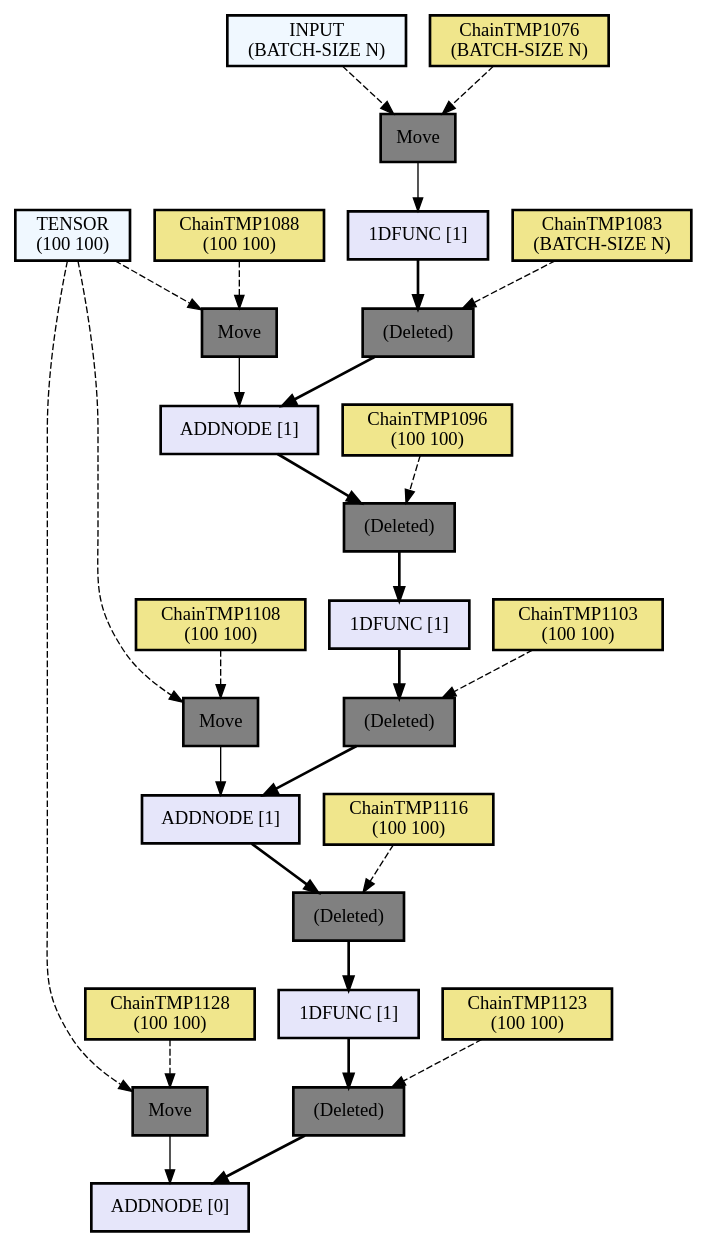
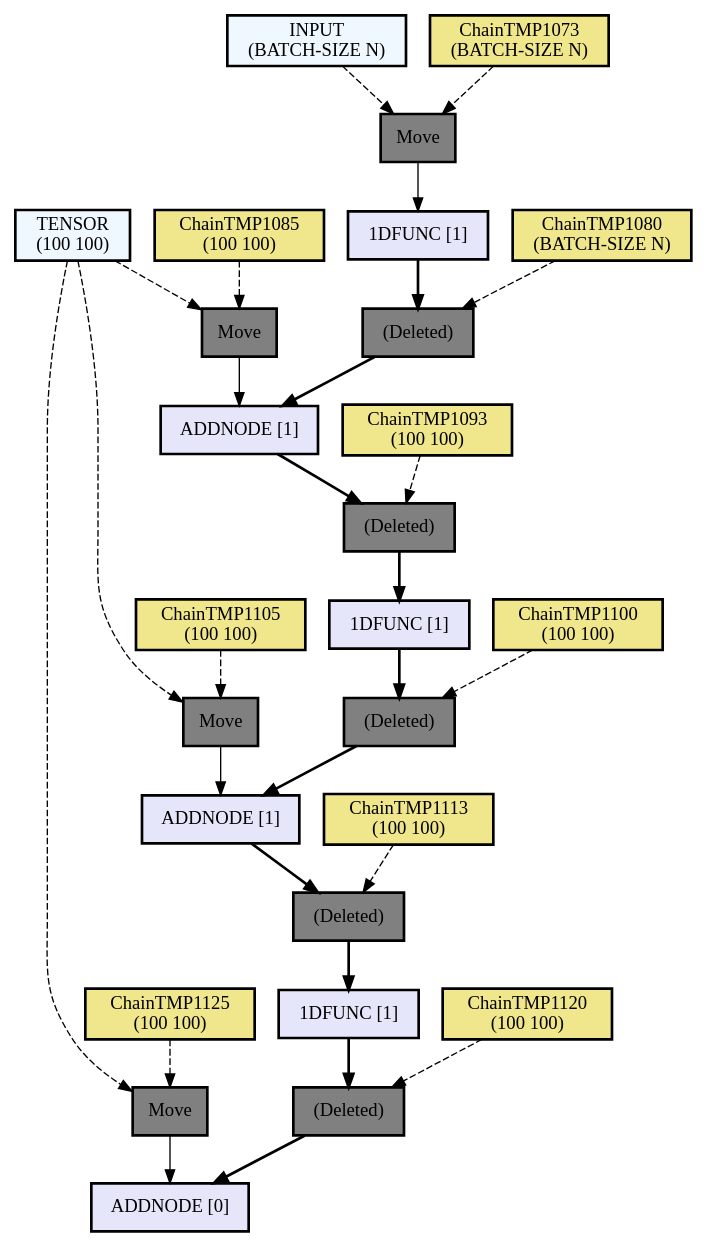
The diagram in assets/out1.dot (hikettei/cl-waffe2), drawn with Graphviz before and after one commit. The commit also changed 5 other files, not shown here.

```diff
--- a/assets/out1.dot
+++ b/assets/out1.dot
@@ -1,71 +1,71 @@
 digraph computation_node {
   node[shape="box" style="filled" color="black" penwidth="2"];
   TENSOR [label = "TENSOR
 (100 100)" fillcolor="#f0f8ff" style="filled, solid"];
-  ChainTMP1128 [label = "ChainTMP1128
-(100 100)" fillcolor="#f0e68c" style="filled, solid"];
-  NODE1172 [label = "Move" fillcolor="gray" style="filled, solid"];
-  TENSOR [label = "TENSOR
-(100 100)" fillcolor="#f0f8ff" style="filled, solid"];
-  ChainTMP1108 [label = "ChainTMP1108
+  ChainTMP1125 [label = "ChainTMP1125
 (100 100)" fillcolor="#f0e68c" style="filled, solid"];
   NODE1169 [label = "Move" fillcolor="gray" style="filled, solid"];
   TENSOR [label = "TENSOR
 (100 100)" fillcolor="#f0f8ff" style="filled, solid"];
-  ChainTMP1088 [label = "ChainTMP1088
+  ChainTMP1105 [label = "ChainTMP1105
 (100 100)" fillcolor="#f0e68c" style="filled, solid"];
   NODE1166 [label = "Move" fillcolor="gray" style="filled, solid"];
+  TENSOR [label = "TENSOR
+(100 100)" fillcolor="#f0f8ff" style="filled, solid"];
+  ChainTMP1085 [label = "ChainTMP1085
+(100 100)" fillcolor="#f0e68c" style="filled, solid"];
+  NODE1163 [label = "Move" fillcolor="gray" style="filled, solid"];
   INPUT [label = "INPUT
 (BATCH-SIZE N)" fillcolor="#f0f8ff" style="filled, solid"];
-  ChainTMP1076 [label = "ChainTMP1076
+  ChainTMP1073 [label = "ChainTMP1073
 (BATCH-SIZE N)" fillcolor="#f0e68c" style="filled, solid"];
-  NODE1163 [label = "Move" fillcolor="gray" style="filled, solid"];
-  NODE1162 [label = "1DFUNC [1]" fillcolor="#e6e6fa" style="filled, solid"];
-  ChainTMP1083 [label = "ChainTMP1083
+  NODE1160 [label = "Move" fillcolor="gray" style="filled, solid"];
+  NODE1159 [label = "1DFUNC [1]" fillcolor="#e6e6fa" style="filled, solid"];
+  ChainTMP1080 [label = "ChainTMP1080
 (BATCH-SIZE N)" fillcolor="#f0e68c" style="filled, solid"];
-  NODE1160 [label = "(Deleted)" fillcolor="gray" style="filled, solid"];
-  NODE1159 [label = "ADDNODE [1]" fillcolor="#e6e6fa" style="filled, solid"];
-  ChainTMP1096 [label = "ChainTMP1096
-(100 100)" fillcolor="#f0e68c" style="filled, solid"];
   NODE1157 [label = "(Deleted)" fillcolor="gray" style="filled, solid"];
-  NODE1156 [label = "1DFUNC [1]" fillcolor="#e6e6fa" style="filled, solid"];
-  ChainTMP1103 [label = "ChainTMP1103
+  NODE1156 [label = "ADDNODE [1]" fillcolor="#e6e6fa" style="filled, solid"];
+  ChainTMP1093 [label = "ChainTMP1093
 (100 100)" fillcolor="#f0e68c" style="filled, solid"];
   NODE1154 [label = "(Deleted)" fillcolor="gray" style="filled, solid"];
-  NODE1153 [label = "ADDNODE [1]" fillcolor="#e6e6fa" style="filled, solid"];
-  ChainTMP1116 [label = "ChainTMP1116
+  NODE1153 [label = "1DFUNC [1]" fillcolor="#e6e6fa" style="filled, solid"];
+  ChainTMP1100 [label = "ChainTMP1100
 (100 100)" fillcolor="#f0e68c" style="filled, solid"];
   NODE1151 [label = "(Deleted)" fillcolor="gray" style="filled, solid"];
-  NODE1150 [label = "1DFUNC [1]" fillcolor="#e6e6fa" style="filled, solid"];
-  ChainTMP1123 [label = "ChainTMP1123
+  NODE1150 [label = "ADDNODE [1]" fillcolor="#e6e6fa" style="filled, solid"];
+  ChainTMP1113 [label = "ChainTMP1113
 (100 100)" fillcolor="#f0e68c" style="filled, solid"];
   NODE1148 [label = "(Deleted)" fillcolor="gray" style="filled, solid"];
-  NODE1147 [label = "ADDNODE [0]" fillcolor="#e6e6fa" style="filled, solid"];
+  NODE1147 [label = "1DFUNC [1]" fillcolor="#e6e6fa" style="filled, solid"];
+  ChainTMP1120 [label = "ChainTMP1120
+(100 100)" fillcolor="#f0e68c" style="filled, solid"];
+  NODE1145 [label = "(Deleted)" fillcolor="gray" style="filled, solid"];
+  NODE1144 [label = "ADDNODE [0]" fillcolor="#e6e6fa" style="filled, solid"];
+  NODE1145 -> NODE1144[penwidth="2"];
+  ChainTMP1120 -> NODE1145[style="dashed"];
+  NODE1147 -> NODE1145[penwidth="2"];
   NODE1148 -> NODE1147[penwidth="2"];
-  ChainTMP1123 -> NODE1148[style="dashed"];
+  ChainTMP1113 -> NODE1148[style="dashed"];
   NODE1150 -> NODE1148[penwidth="2"];
   NODE1151 -> NODE1150[penwidth="2"];
-  ChainTMP1116 -> NODE1151[style="dashed"];
+  ChainTMP1100 -> NODE1151[style="dashed"];
   NODE1153 -> NODE1151[penwidth="2"];
   NODE1154 -> NODE1153[penwidth="2"];
-  ChainTMP1103 -> NODE1154[style="dashed"];
+  ChainTMP1093 -> NODE1154[style="dashed"];
   NODE1156 -> NODE1154[penwidth="2"];
   NODE1157 -> NODE1156[penwidth="2"];
-  ChainTMP1096 -> NODE1157[style="dashed"];
+  ChainTMP1080 -> NODE1157[style="dashed"];
   NODE1159 -> NODE1157[penwidth="2"];
-  NODE1160 -> NODE1159[penwidth="2"];
-  ChainTMP1083 -> NODE1160[style="dashed"];
-  NODE1162 -> NODE1160[penwidth="2"];
-  NODE1163 -> NODE1162[weight=10];
-  ChainTMP1076 -> NODE1163[style="dashed"];
-  INPUT -> NODE1163[style="dashed"];
-  NODE1166 -> NODE1159[weight=10];
-  ChainTMP1088 -> NODE1166[style="dashed"];
+  NODE1160 -> NODE1159[weight=10];
+  ChainTMP1073 -> NODE1160[style="dashed"];
+  INPUT -> NODE1160[style="dashed"];
+  NODE1163 -> NODE1156[weight=10];
+  ChainTMP1085 -> NODE1163[style="dashed"];
+  TENSOR -> NODE1163[style="dashed"];
+  NODE1166 -> NODE1150[weight=10];
+  ChainTMP1105 -> NODE1166[style="dashed"];
   TENSOR -> NODE1166[style="dashed"];
-  NODE1169 -> NODE1153[weight=10];
-  ChainTMP1108 -> NODE1169[style="dashed"];
+  NODE1169 -> NODE1144[weight=10];
+  ChainTMP1125 -> NODE1169[style="dashed"];
   TENSOR -> NODE1169[style="dashed"];
-  NODE1172 -> NODE1147[weight=10];
-  ChainTMP1128 -> NODE1172[style="dashed"];
-  TENSOR -> NODE1172[style="dashed"];
 }
```
